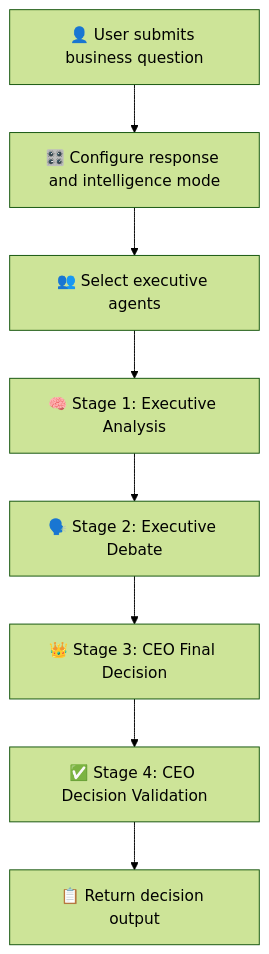
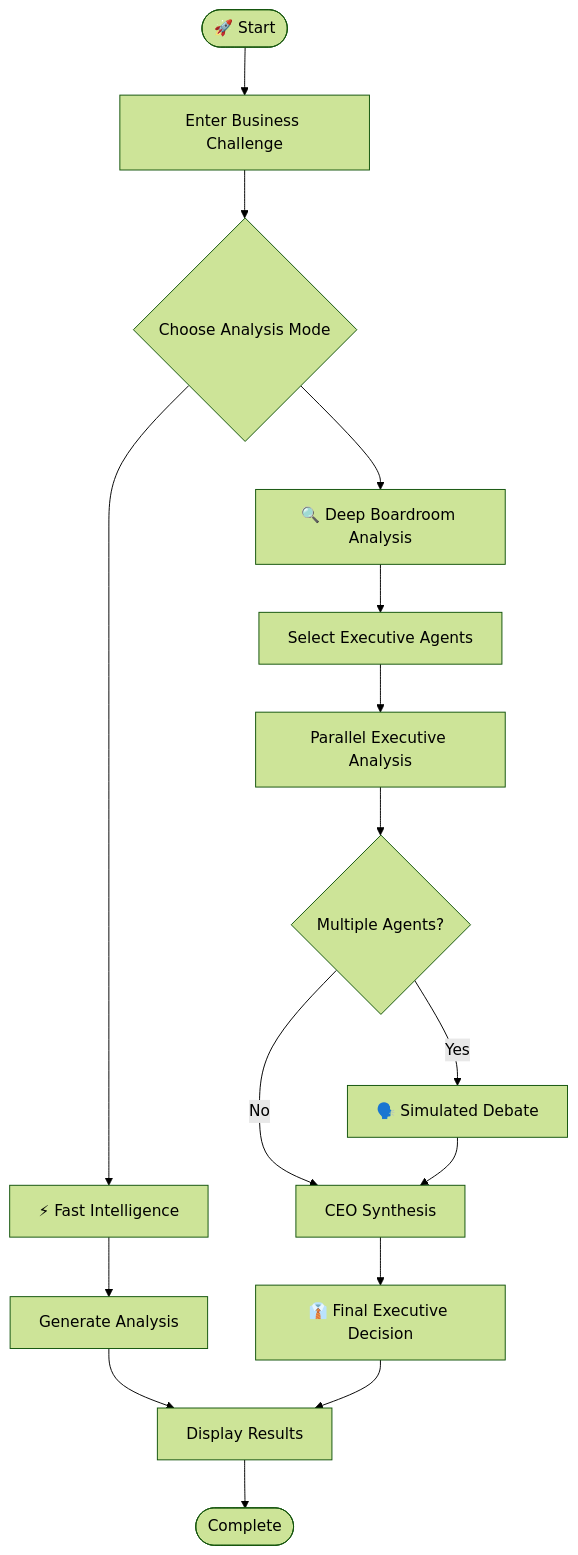
Before and after one commit to krushnakodgirwar/AI-Boardroom: the first of 2 diagrams in README.md, drawn with Mermaid (forest theme). The commit also changed other lines of this file, not shown here.

````diff
--- a/README.md
+++ b/README.md
@@ -311,10 +139,20 @@
 ```mermaid
 flowchart TD
-    A["👤 User submits business question"] --> B["🎛️ Configure response and intelligence mode"]
-    B --> C["👥 Select executive agents"]
-    C --> D["🧠 Stage 1: Executive Analysis"]
-    D --> E["🗣️ Stage 2: Executive Debate"]
-    E --> F["👑 Stage 3: CEO Final Decision"]
-    F --> G["✅ Stage 4: CEO Decision Validation"]
-    G --> H["📋 Return decision output"]
+    A([🚀 Start]) --> B[Enter Business Challenge]
+    B --> C{Choose Analysis Mode}
+    C --> D[⚡ Fast Intelligence]
+    C --> E[🔍 Deep Boardroom Analysis]
+
+    D --> F[Generate Analysis]
+    E --> G[Select Executive Agents]
+    G --> H[Parallel Executive Analysis]
+    H --> I{Multiple Agents?}
+
+    I -->|Yes| J[🗣️ Simulated Debate]
+    I -->|No| K[CEO Synthesis]
+    J --> K
+    K --> L[👔 Final Executive Decision]
+    F --> M[Display Results]
+    L --> M
+    M --> N([Complete])
 ```
````
